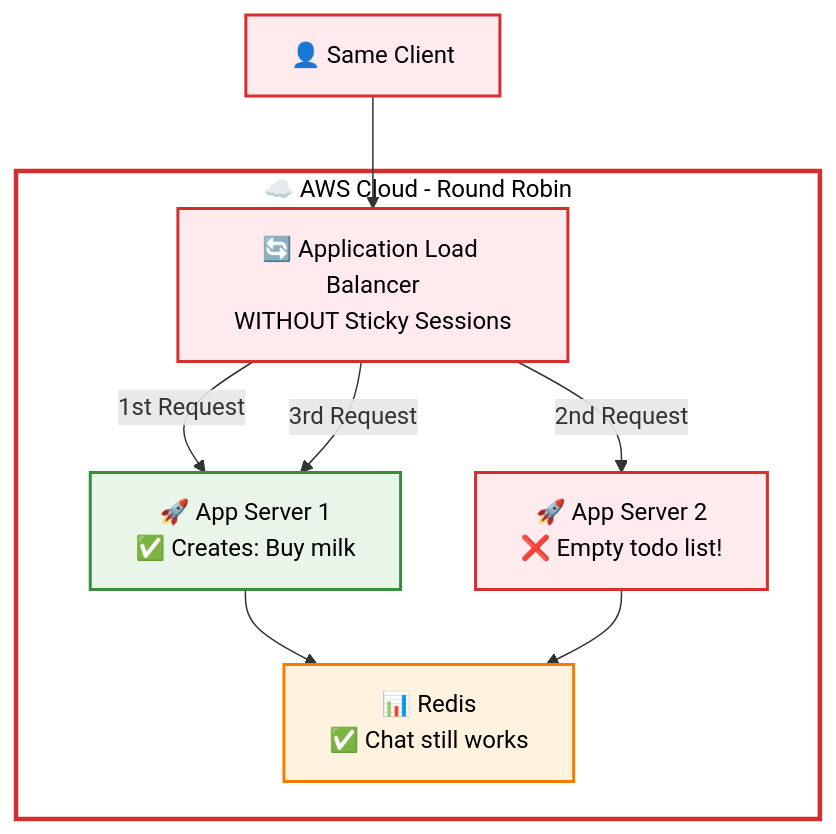
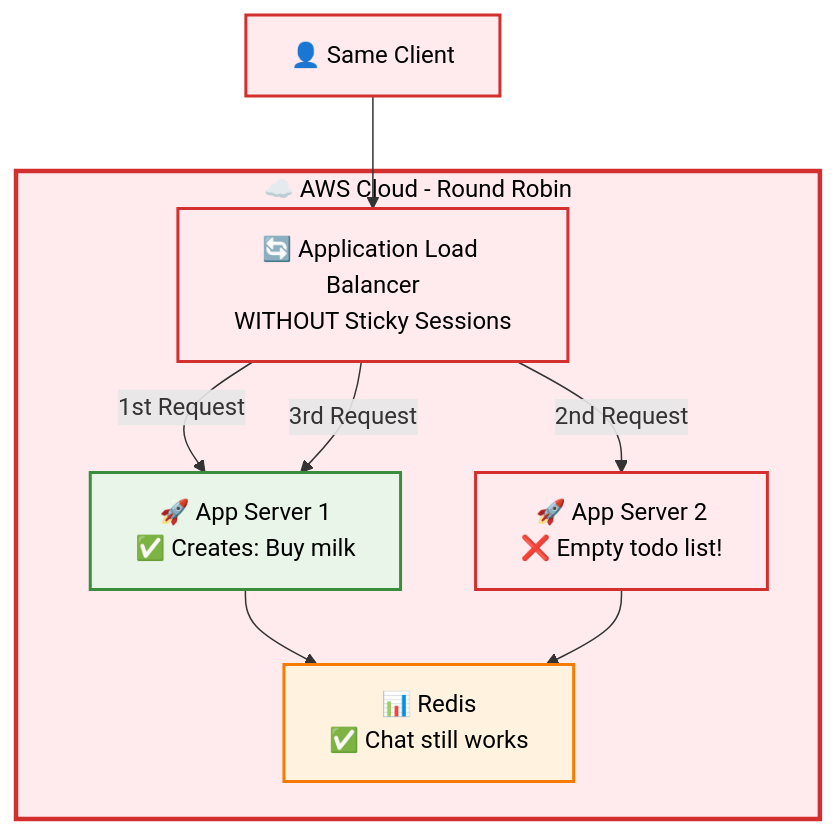
The second of 2 diagrams in README.md (Jilan5/mermaid-tester), drawn with Mermaid before and after one commit. The commit also changed other lines of this file, not shown here.

````diff
--- a/README.md
+++ b/README.md
@@ -36,32 +36,32 @@
 ```mermaid
 flowchart TD
     SC[👤 Same Client] --> ALBRR[🔄 Application Load Balancer<br/>WITHOUT Sticky Sessions]
     
     ALBRR -->|1st Request| AS1[🚀 App Server 1<br/>✅ Creates: Buy milk]
     ALBRR -->|2nd Request| AS2[🚀 App Server 2<br/>❌ Empty todo list!]
     ALBRR -->|3rd Request| AS1
     
     AS1 --> RR[📊 Redis<br/>✅ Chat still works]
     AS2 --> RR
     
     subgraph AWSRR["☁️ AWS Cloud - Round Robin"]
         ALBRR
         AS1
         AS2
         RR
     end
     
     classDef client fill:#ffebee,stroke:#d32f2f,stroke-width:2px,color:#000
     classDef alb fill:#ffebee,stroke:#d32f2f,stroke-width:2px,color:#000
     classDef server1 fill:#e8f5e8,stroke:#388e3c,stroke-width:2px,color:#000
     classDef server2 fill:#ffebee,stroke:#d32f2f,stroke-width:2px,color:#000
     classDef redis fill:#fff3e0,stroke:#f57c00,stroke-width:2px,color:#000
-    classDef aws fill:none,stroke:#d32f2f,stroke-width:3px,color:#000
+    classDef aws fill:#ffebee,stroke:#d32f2f,stroke-width:3px,color:#000
     
     class SC client
     class ALBRR alb
     class AS1 server1
     class AS2 server2
     class RR redis
     class AWSRR aws
 ```
````
